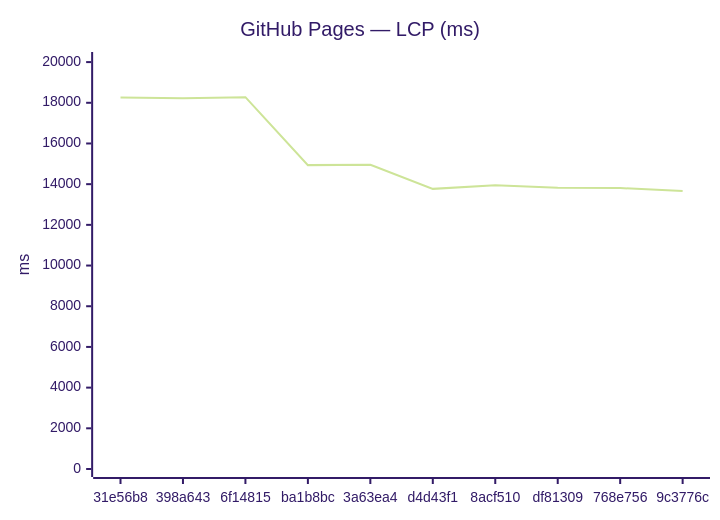
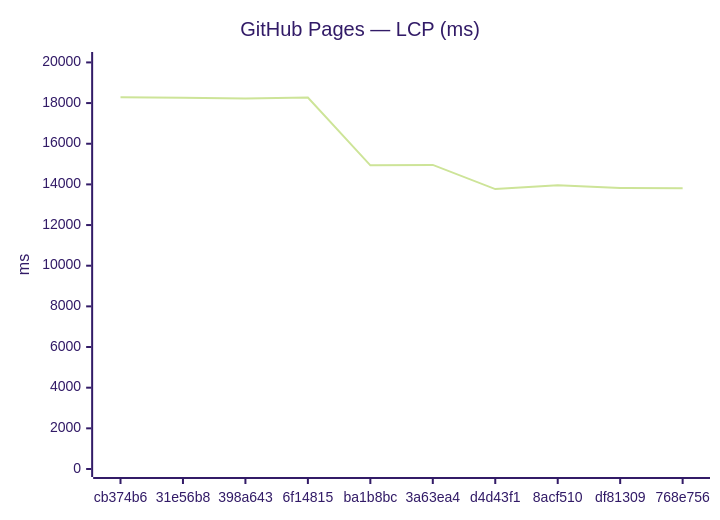
Before and after one commit to Metaheurist/Rianell: the third of 18 diagrams in benchmarks/compare.md, drawn with Mermaid (forest theme). The commit also changed other lines of this file and 11 other files, not shown here.

````diff
--- a/benchmarks/compare.md
+++ b/benchmarks/compare.md
@@ -54,7 +54,7 @@
 ```mermaid
 xychart-beta
     title "GitHub Pages — LCP (ms)"
-    x-axis ["31e56b8", "398a643", "6f14815", "ba1b8bc", "3a63ea4", "d4d43f1", "8acf510", "df81309", "768e756", "9c3776c"]
-    y-axis "ms" 0 --> 20103
-    line [18265, 18222, 18275, 14936, 14957, 13769, 13952, 13820, 13811, 13660]
+    x-axis ["cb374b6", "31e56b8", "398a643", "6f14815", "ba1b8bc", "3a63ea4", "d4d43f1", "8acf510", "df81309", "768e756"]
+    y-axis "ms" 0 --> 20119
+    line [18290, 18265, 18222, 18275, 14936, 14957, 13769, 13952, 13820, 13811]
 ```
````
